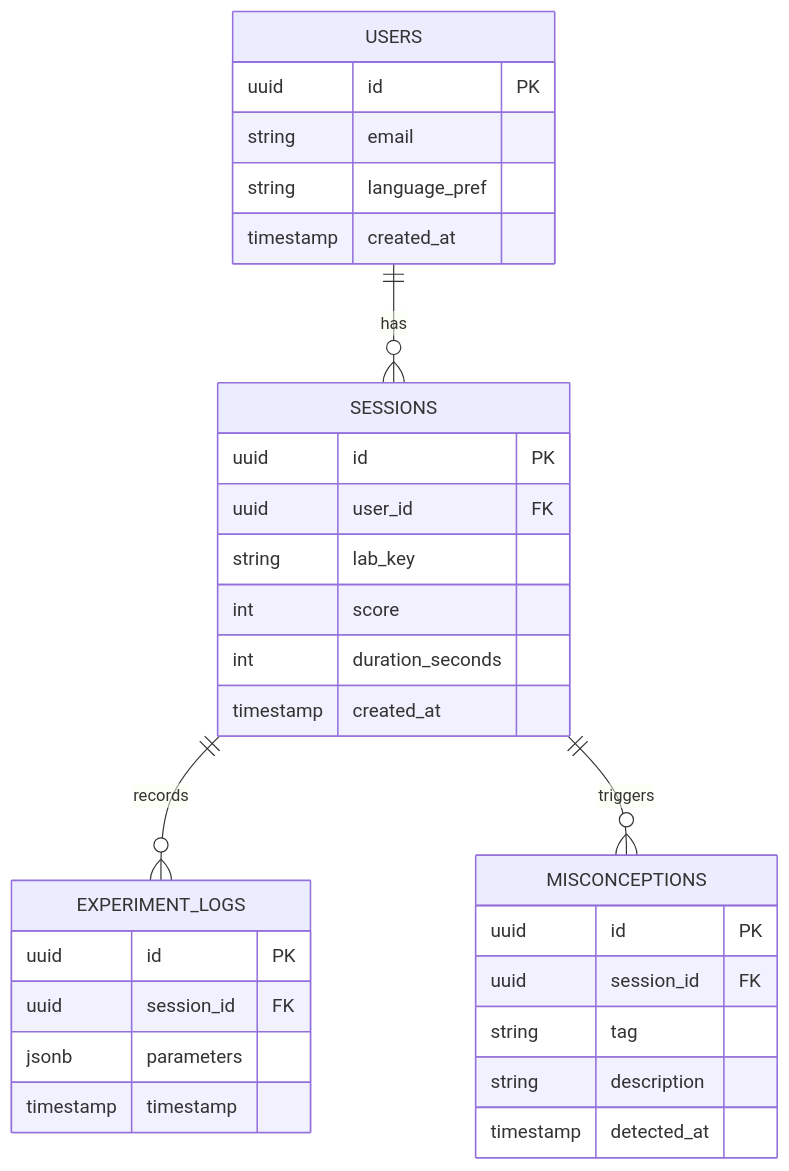
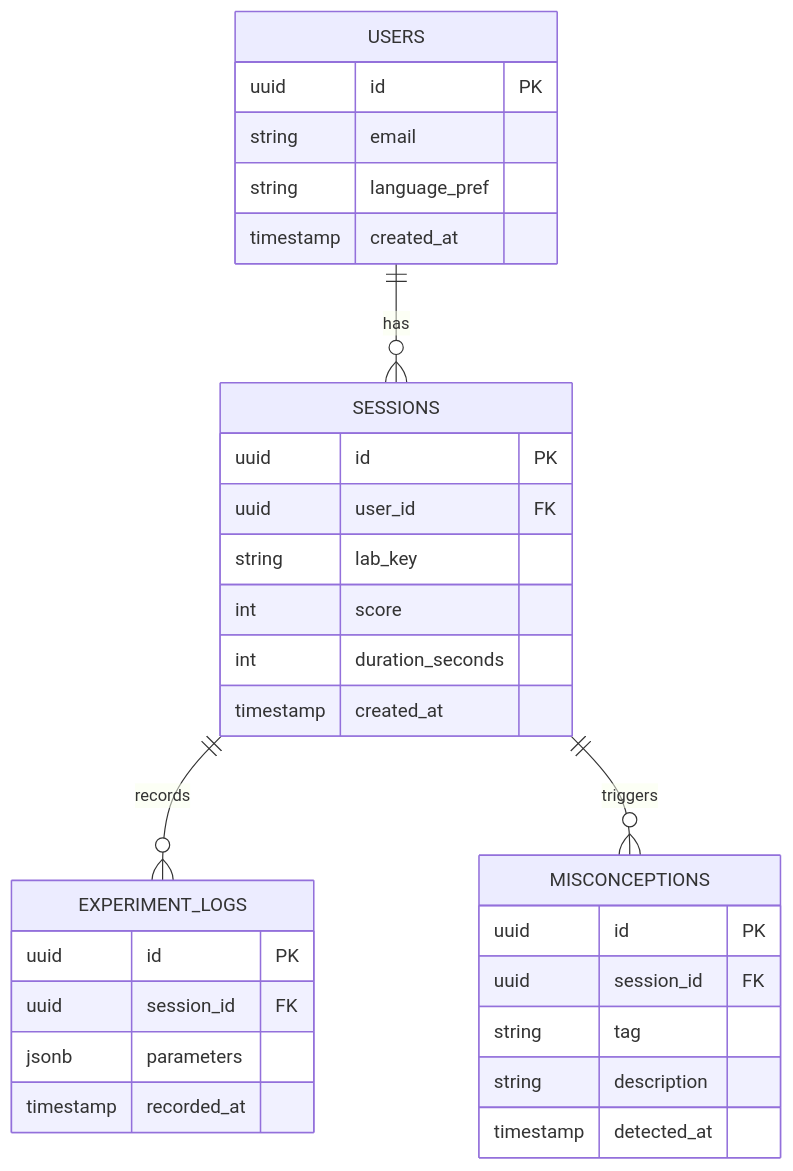
The second of 3 diagrams in README.md (Gautam-Bharadwaj/VirtuLab), drawn with Mermaid before and after one commit. The commit also changed other lines of this file, not shown here.

Commit message:
fix: resolve Mermaid diagram rendering syntax in README

````diff
--- a/README.md
+++ b/README.md
@@ -86,34 +86,34 @@
 ```mermaid
 erDiagram
     USERS ||--o{ SESSIONS : has
     SESSIONS ||--o{ EXPERIMENT_LOGS : records
     SESSIONS ||--o{ MISCONCEPTIONS : triggers
     
     USERS {
         uuid id PK
         string email
         string language_pref
         timestamp created_at
     }
     SESSIONS {
         uuid id PK
         uuid user_id FK
         string lab_key
         int score
         int duration_seconds
         timestamp created_at
     }
     EXPERIMENT_LOGS {
         uuid id PK
         uuid session_id FK
         jsonb parameters
-        timestamp timestamp
+        timestamp recorded_at
     }
     MISCONCEPTIONS {
         uuid id PK
         uuid session_id FK
         string tag
         string description
         timestamp detected_at
     }
 ```
````
